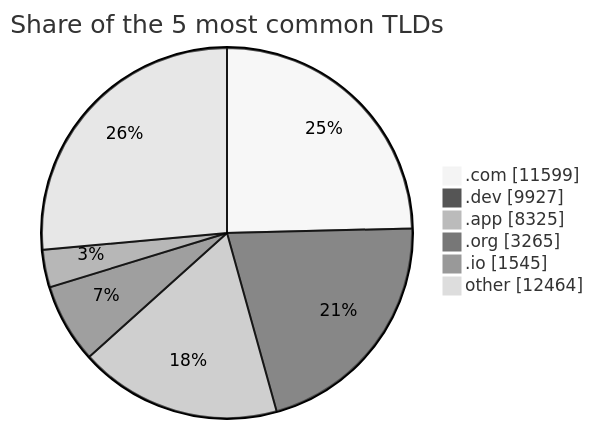
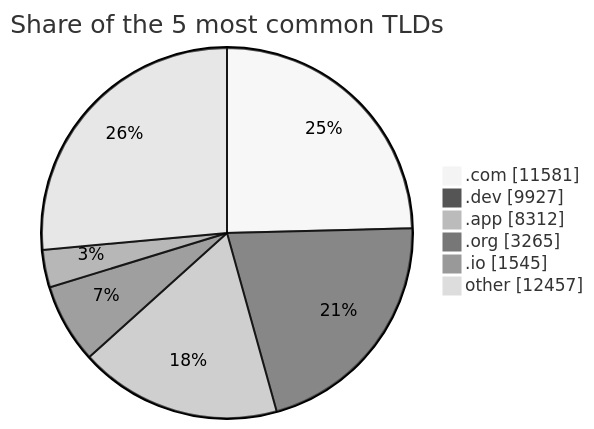
The third of 3 diagrams in README.md (DNSBunker/CTI), drawn with Mermaid (neutral theme) before and after one commit. The commit also changed other lines of this file and 3 other files, not shown here.

````diff
--- a/README.md
+++ b/README.md
@@ -81,9 +81,9 @@
 ```mermaid
 pie showData title Share of the 5 most common TLDs
-    ".com" : 11599
+    ".com" : 11581
     ".dev" : 9927
-    ".app" : 8325
+    ".app" : 8312
     ".org" : 3265
     ".io" : 1545
-    "other" : 12464
+    "other" : 12457
 ```
````
